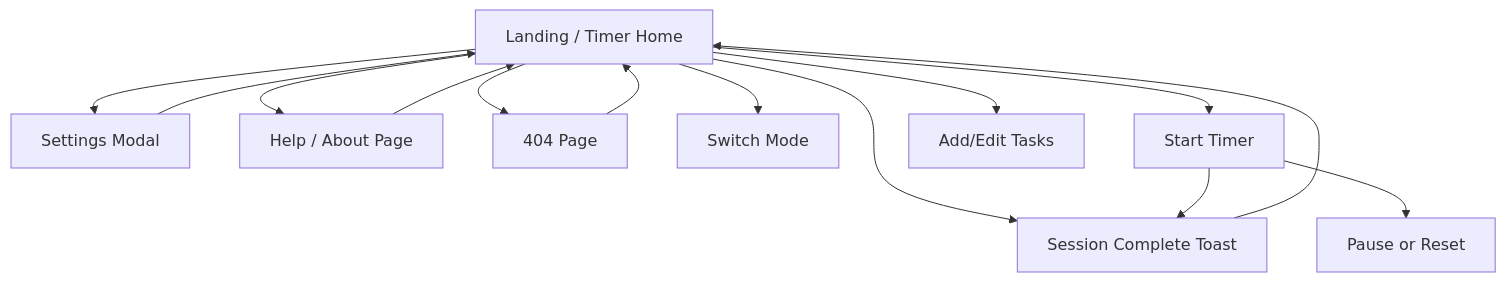
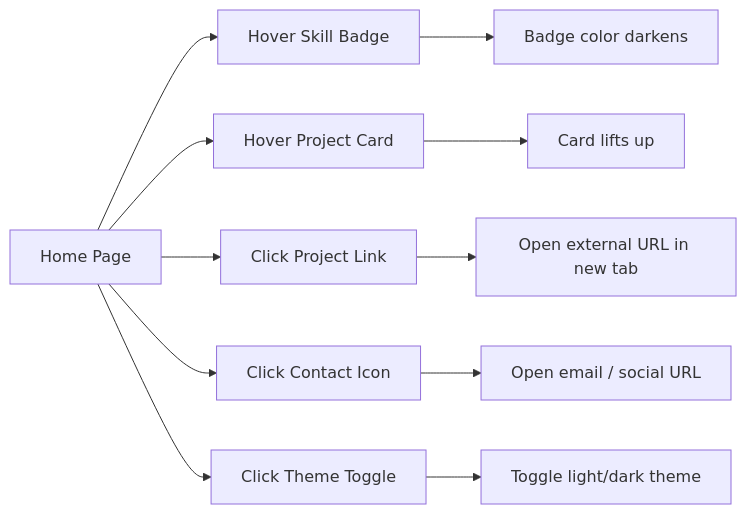
The diagram in PRD.md (liuxing/agentic_builder_web), drawn with Mermaid before and after one commit. The commit also changed other lines of this file and 11 other files, not shown here.

````diff
--- a/PRD.md
+++ b/PRD.md
@@ -258,17 +97,13 @@
 ```mermaid
-flowchart TD
-    A[Landing / Timer Home] --> B[Settings Modal]
-    A --> C[Help / About Page]
-    C --> A
-    A --> D[Session Complete Toast]
-    D --> A
-    A --> E[404 Page]
-    E --> A
-
-    A --> A1[Switch Mode]
-    A --> A2[Start Timer]
-    A2 --> A3[Pause or Reset]
-    A2 --> D
-    A --> A4[Add/Edit Tasks]
-    B --> A
+flowchart LR
+    A[Home Page] --> B[Hover Skill Badge]
+    A --> C[Hover Project Card]
+    A --> D[Click Project Link]
+    A --> E[Click Contact Icon]
+    A --> F[Click Theme Toggle]
+    B --> G[Badge color darkens]
+    C --> H[Card lifts up]
+    D --> I[Open external URL in new tab]
+    E --> J[Open email / social URL]
+    F --> K[Toggle light/dark theme]
 ```
````
